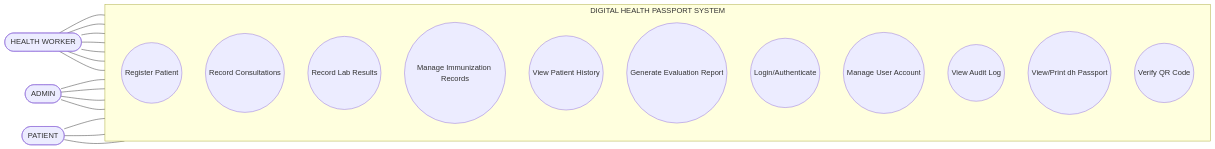
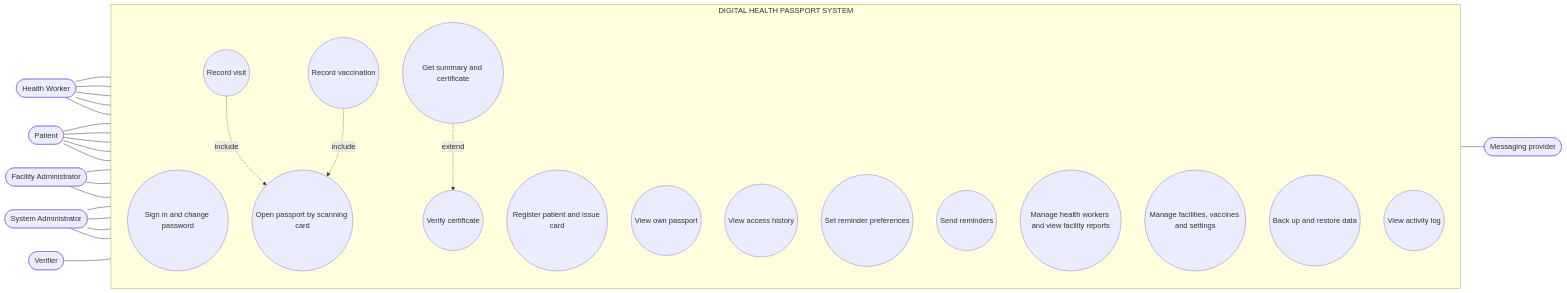
One commit to TONICphiri/digital_health_passport_system changed the fourth of 4 diagrams in docs/system-design.md. Above: the diagram before and after it, drawn with Mermaid. The commit also changed other lines of this file and 6 other files, not shown here.

Commit message:
Secure admin credential setup and restore config

````diff
--- a/docs/system-design.md
+++ b/docs/system-design.md
@@ -255,34 +346,49 @@
 ```mermaid
 flowchart LR
-    ADMIN(["ADMIN"])
+    PAT(["Patient"])
+    HW(["Health Worker"])
+    FA(["Facility Administrator"])
+    SA(["System Administrator"])
+    VER(["Verifier"])
+    MP(["Messaging provider"])
     subgraph DHPS["DIGITAL HEALTH PASSPORT SYSTEM"]
         direction TB
-        UC1((Register Patient))
-        UC2((Record Consultations))
-        UC3((Record Lab Results))
-        UC4((Manage Immunization Records))
-        UC5((View Patient History))
-        UC6((Generate Evaluation Report))
-        UC7((Login/Authenticate))
-        UC8((Manage User Account))
-        UC11((View Audit Log))
-        UC9((View/Print dh Passport))
-        UC10((Verify QR Code))
+        UC1((Sign in and change password))
+        UC2((Register patient and issue card))
+        UC3((Open passport by scanning card))
+        UC4((Record visit))
+        UC5((Record vaccination))
+        UC6((View own passport))
+        UC7((View access history))
+        UC8((Set reminder preferences))
+        UC9((Get summary and certificate))
+        UC10((Send reminders))
+        UC11((Manage health workers and view facility reports))
+        UC12((Manage facilities, vaccines and settings))
+        UC13((Back up and restore data))
+        UC14((Verify certificate))
+        UC15((View activity log))
     end
-    HW(["HEALTH WORKER"])
-    PAT(["PATIENT"])
+    PAT --- UC1
     HW --- UC1
+    FA --- UC1
+    SA --- UC1
     HW --- UC2
     HW --- UC3
     HW --- UC4
     HW --- UC5
-    HW --- UC6
-    HW --- UC7
-    ADMIN --- UC6
-    ADMIN --- UC7
-    ADMIN --- UC8
-    ADMIN --- UC11
+    UC4 -. include .-> UC3
+    UC5 -. include .-> UC3
+    PAT --- UC6
     PAT --- UC7
+    PAT --- UC8
     PAT --- UC9
-    PAT --- UC10
+    UC9 -. extend .-> UC14
+    FA --- UC11
+    SA --- UC12
+    SA --- UC13
+    VER --- UC14
+    FA --- UC15
+    SA --- UC15
+    UC10 --- MP
 ```
````
